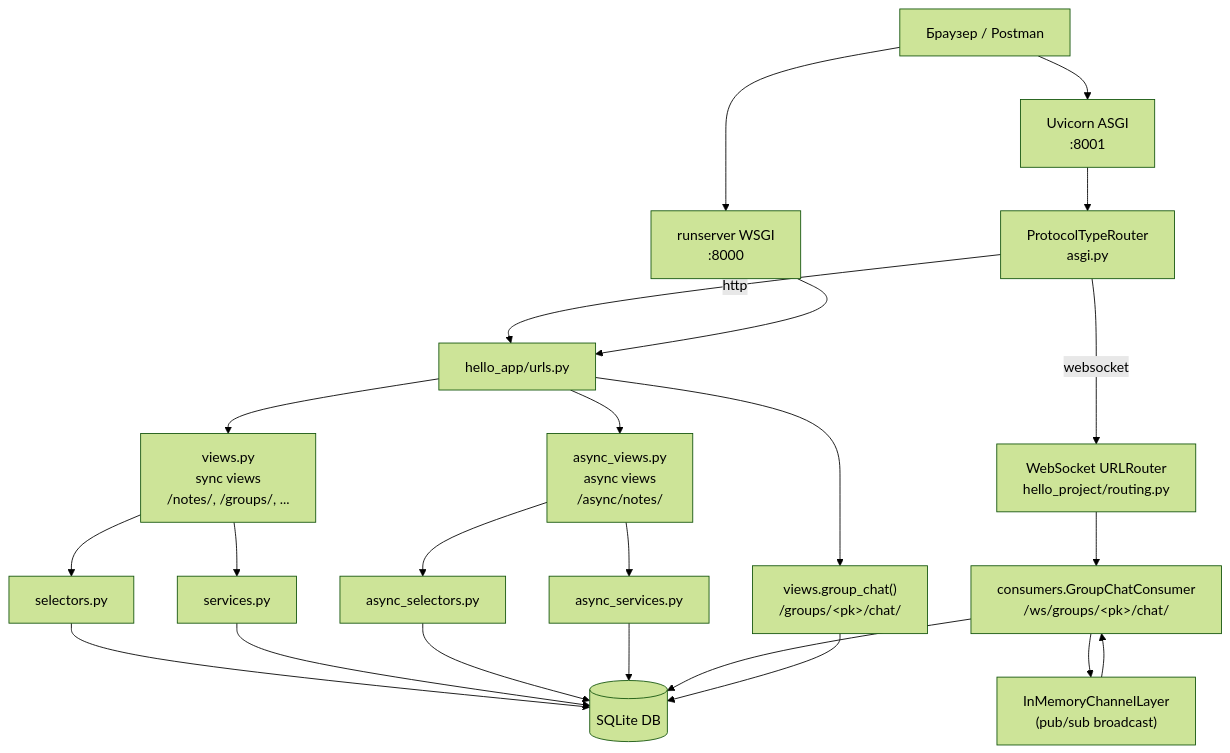
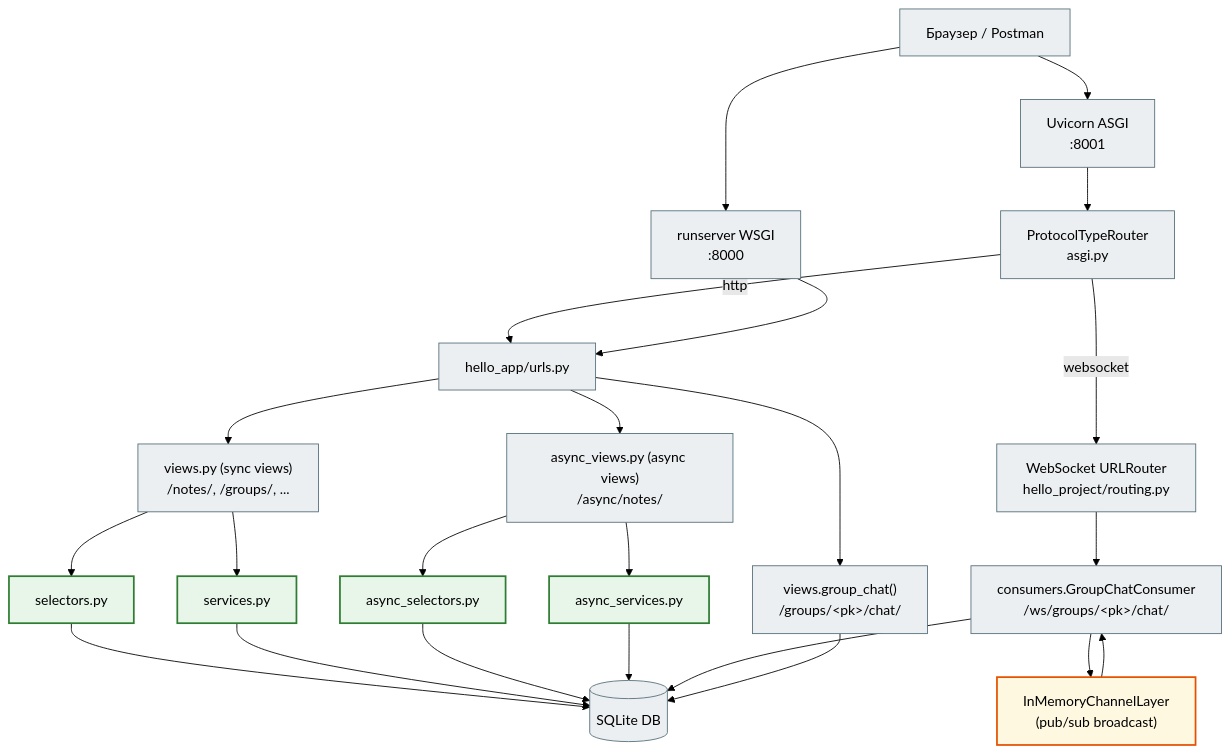
One commit to NikoriakViktot/notes_chat_app changed the first of 5 diagrams in docs/tutorials/README_8.md. Above: the diagram before and after it, drawn with Mermaid (forest theme). The commit also changed other lines of this file and 441 other files, not shown here.

First line of the commit message:
Add English version of the book, Mermaid standard, docs fixes

````diff
--- a/docs/tutorials/README_8.md
+++ b/docs/tutorials/README_8.md
@@ -55,32 +55,40 @@
 ```mermaid
 flowchart TD
-    Browser["Браузер / Postman"] --> ASGI["Uvicorn ASGI\n:8001"]
-    Browser --> WSGI["runserver WSGI\n:8000"]
+    Browser["Браузер / Postman"] --> ASGI["Uvicorn ASGI<br>:8001"]
+    Browser --> WSGI["runserver WSGI<br>:8000"]
 
-    ASGI --> PTR["ProtocolTypeRouter\nasgi.py"]
+    ASGI --> PTR["ProtocolTypeRouter<br>asgi.py"]
     PTR -->|"http"| URLs["hello_app/urls.py"]
-    PTR -->|"websocket"| WS["WebSocket URLRouter\nhello_project/routing.py"]
+    PTR -->|"websocket"| WS["WebSocket URLRouter<br>hello_project/routing.py"]
 
     WSGI --> URLs
 
-    URLs --> SyncViews["views.py\nsync views\n/notes/, /groups/, ..."]
-    URLs --> AsyncViews["async_views.py\nasync views\n/async/notes/"]
-    URLs --> ChatView["views.group_chat()\n/groups/&lt;pk&gt;/chat/"]
+    URLs --> SyncViews["views.py (sync views)<br>/notes/, /groups/, ..."]
+    URLs --> AsyncViews["async_views.py (async views)<br>/async/notes/"]
+    URLs --> ChatView["views.group_chat()<br>/groups/&lt;pk&gt;/chat/"]
 
-    WS --> Consumer["consumers.GroupChatConsumer\n/ws/groups/&lt;pk&gt;/chat/"]
+    WS --> Consumer["consumers.GroupChatConsumer<br>/ws/groups/&lt;pk&gt;/chat/"]
 
     SyncViews --> Selectors["selectors.py"]
     SyncViews --> Services["services.py"]
     AsyncViews --> AsyncSelectors["async_selectors.py"]
     AsyncViews --> AsyncServices["async_services.py"]
 
-    Consumer --> ChannelLayer["InMemoryChannelLayer\n(pub/sub broadcast)"]
+    Consumer --> ChannelLayer["InMemoryChannelLayer<br>(pub/sub broadcast)"]
     ChannelLayer --> Consumer
 
     Selectors --> DB[("SQLite DB")]
     Services --> DB
     AsyncSelectors --> DB
     AsyncServices --> DB
     Consumer --> DB
     ChatView --> DB
+
+    classDef step     fill:#eceff1,stroke:#546e7a,stroke-width:1px;
+    classDef success  fill:#e8f5e9,stroke:#2e7d32,stroke-width:2px;
+    classDef warning  fill:#fff8e1,stroke:#e65100,stroke-width:2px;
+
+    class Browser,ASGI,WSGI,PTR,URLs,WS,SyncViews,AsyncViews,ChatView,Consumer,DB step;
+    class Selectors,Services,AsyncSelectors,AsyncServices success;
+    class ChannelLayer warning;
 ```
````
